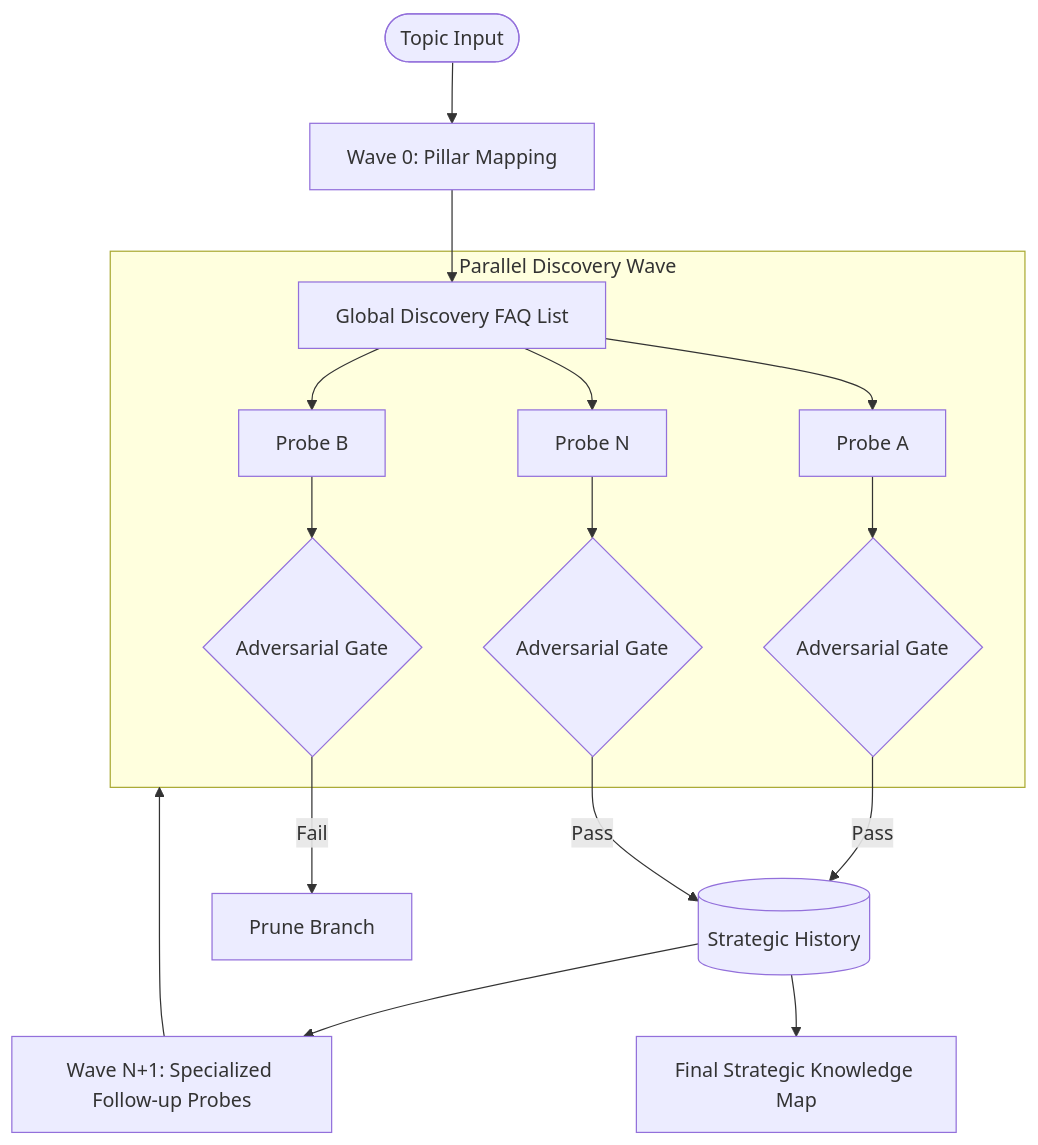
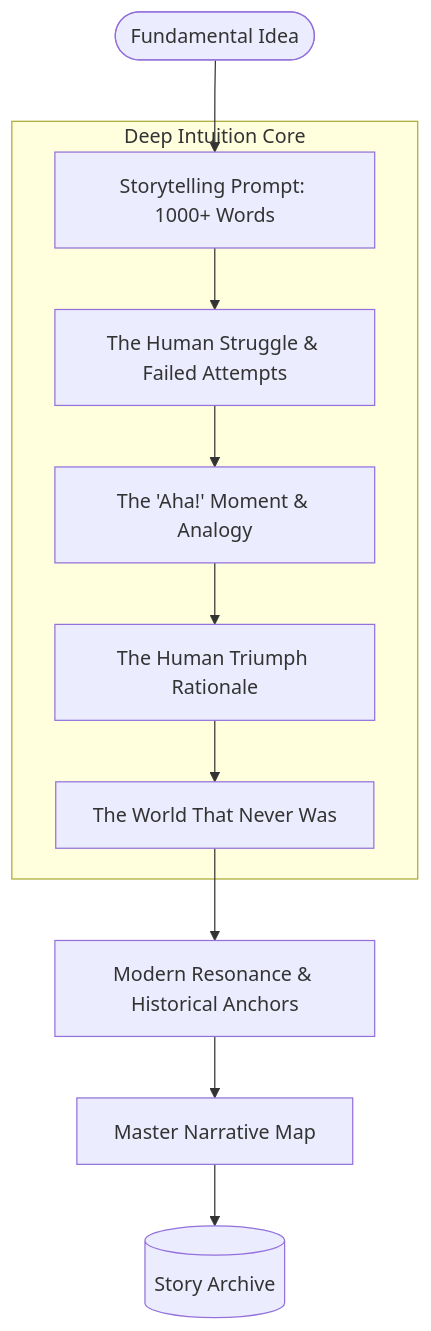
Before and after one commit to csv610/LiteLLM: the diagram in app/DeepIntuition/research_report.md, drawn with Mermaid. The commit also changed other lines of this file, not shown here.

Commit message:
docs: update research_report.md to Deep Intuition philosophy

````diff
--- a/app/DeepIntuition/research_report.md
+++ b/app/DeepIntuition/research_report.md
@@ -53,24 +53,15 @@
 ```mermaid
 flowchart TD
-    Topic([Topic Input]) --> Init[Wave 0: Pillar Mapping]
-    Init --> Probes[Global Discovery FAQ List]
+    Topic([Fundamental Idea]) --> Prompt[Storytelling Prompt: 1000+ Words]
     
-    subgraph Swarm_Wave [Parallel Discovery Wave]
-        Probes --> Probe1[Probe A]
-        Probes --> Probe2[Probe B]
-        Probes --> ProbeN[Probe N]
-        
-        Probe1 --> GateA{Adversarial Gate}
-        Probe2 --> GateB{Adversarial Gate}
-        ProbeN --> GateN{Adversarial Gate}
+    subgraph Narrative_Generation [Deep Intuition Core]
+        Prompt --> Struggle[The Human Struggle & Failed Attempts]
+        Struggle --> Aha[The 'Aha!' Moment & Analogy]
+        Aha --> Triumph[The Human Triumph Rationale]
+        Triumph --> Counterfactual[The World That Never Was]
     end
     
-    GateA -- Pass --> History[(Strategic History)]
-    GateB -- Fail --> Prune[Prune Branch]
-    GateN -- Pass --> History
-    
-    History --> NextGen[Wave N+1: Specialized Follow-up Probes]
-    NextGen --> Swarm_Wave
-    
-    History --> Synthesis[Final Strategic Knowledge Map]
+    Counterfactual --> Resonance[Modern Resonance & Historical Anchors]
+    Resonance --> Synthesis[Master Narrative Map]
+    Synthesis --> Archive[(Story Archive)]
 ```
````
